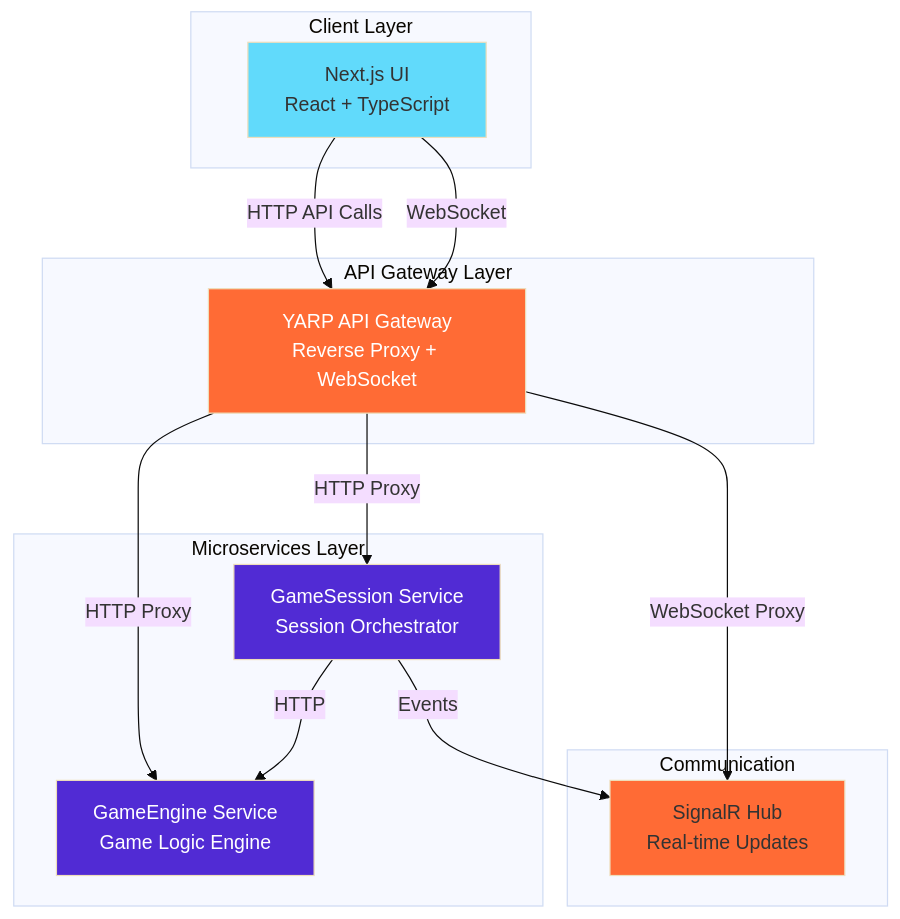
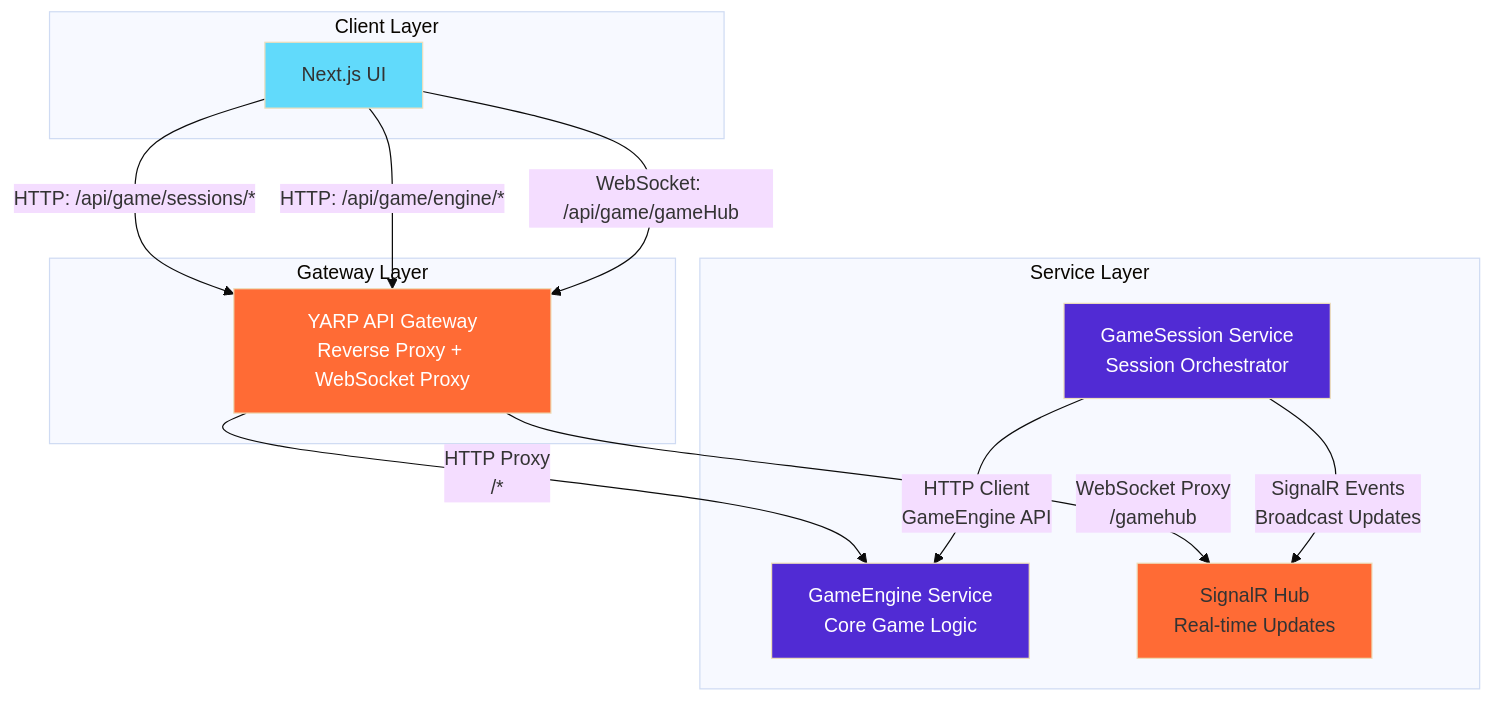
One commit to dmitrycx/TicTacToe changed the first of 6 diagrams in README.md. Above: the diagram before and after it, drawn with Mermaid (base theme). The commit also changed other lines of this file and 30 other files, not shown here.

````diff
--- a/README.md
+++ b/README.md
@@ -24,33 +22,35 @@
 ```mermaid
 graph TB
     subgraph "Client Layer"
-        UI[Next.js UI<br/>React + TypeScript]
+        UI[Next.js UI]
     end
-
-    subgraph "API Gateway Layer"
-        YARP[YARP API Gateway<br/>Reverse Proxy + WebSocket]
+    
+    subgraph "Gateway Layer"
+        YARP[YARP API Gateway<br/>Reverse Proxy + WebSocket Proxy]
     end
-
-    subgraph "Microservices Layer"
+    
+    subgraph "Service Layer"
         GS[GameSession Service<br/>Session Orchestrator]
-        GE[GameEngine Service<br/>Game Logic Engine]
-    end
-
-    subgraph "Communication"
+        GE[GameEngine Service<br/>Core Game Logic]
         SR[SignalR Hub<br/>Real-time Updates]
     end
-
-    UI -->|HTTP API Calls| YARP
-    UI -->|WebSocket| YARP
-    YARP -->|HTTP Proxy| GS
-    YARP -->|HTTP Proxy| GE
-    YARP -->|WebSocket Proxy| SR
-    GS -->|HTTP| GE
-    GS -->|Events| SR
+    
+    %% Client connections through gateway
+    UI -->|HTTP: /api/game/sessions/*| YARP
+    UI -->|HTTP: /api/game/engine/*| YARP
+    UI -->|WebSocket: /api/game/gameHub| YARP
+    
+    %% Gateway proxy connections
+    YARP -->|HTTP Proxy<br/>/*| GE
+    YARP -->|WebSocket Proxy<br/>/gamehub| SR
+    
+    %% Service-to-Service communication
+    GS -->|HTTP Client<br/>GameEngine API| GE
+    GS -->|SignalR Events<br/>Broadcast Updates| SR
 
     style UI fill:#61DAFB
     style YARP fill:#FF6B35,color:#fff
     style GS fill:#512BD4,color:#fff
     style GE fill:#512BD4,color:#fff
     style SR fill:#FF6B35
 ```
````
